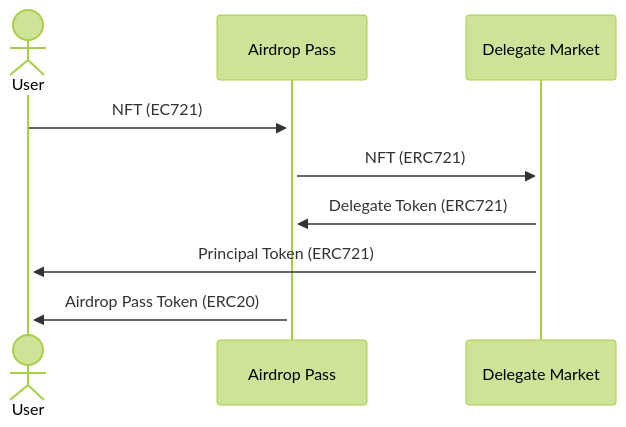
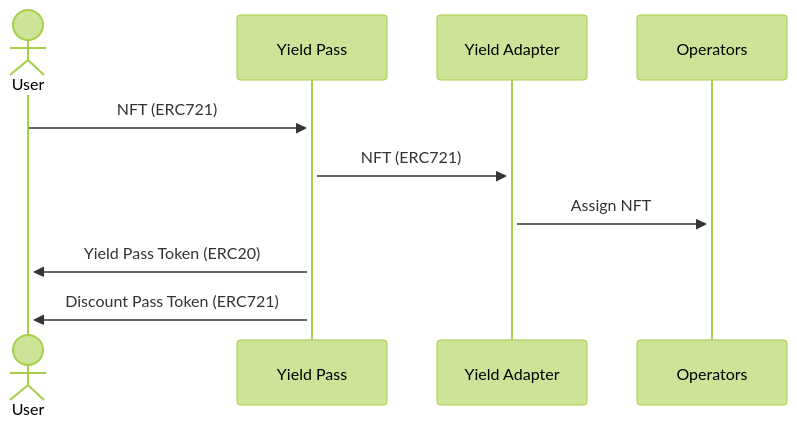
Before and after one commit to metastreet-labs/metastreet-yield-pass: the first of 5 diagrams in docs/DESIGN.md, drawn with Mermaid (forest theme). The commit also changed other lines of this file and 2 other files, not shown here.

````diff
--- a/docs/DESIGN.md
+++ b/docs/DESIGN.md
@@ -32,9 +45,9 @@
 ```mermaid
 sequenceDiagram
     actor User
-    User->>+Airdrop Pass: NFT (EC721)
-    Airdrop Pass->>+Delegate Market: NFT (ERC721)
-    Delegate Market->>+Airdrop Pass: Delegate Token (ERC721)
-    Delegate Market->>+User: Principal Token (ERC721)
-    Airdrop Pass->>+User: Airdrop Pass Token (ERC20)
+    User->>+Yield Pass: NFT (ERC721)
+    Yield Pass->>+Yield Adapter: NFT (ERC721)
+    Yield Adapter->>+Operators: Assign NFT
+    Yield Pass->>+User: Yield Pass Token (ERC20)
+    Yield Pass->>+User: Discount Pass Token (ERC721)
 ```
````
